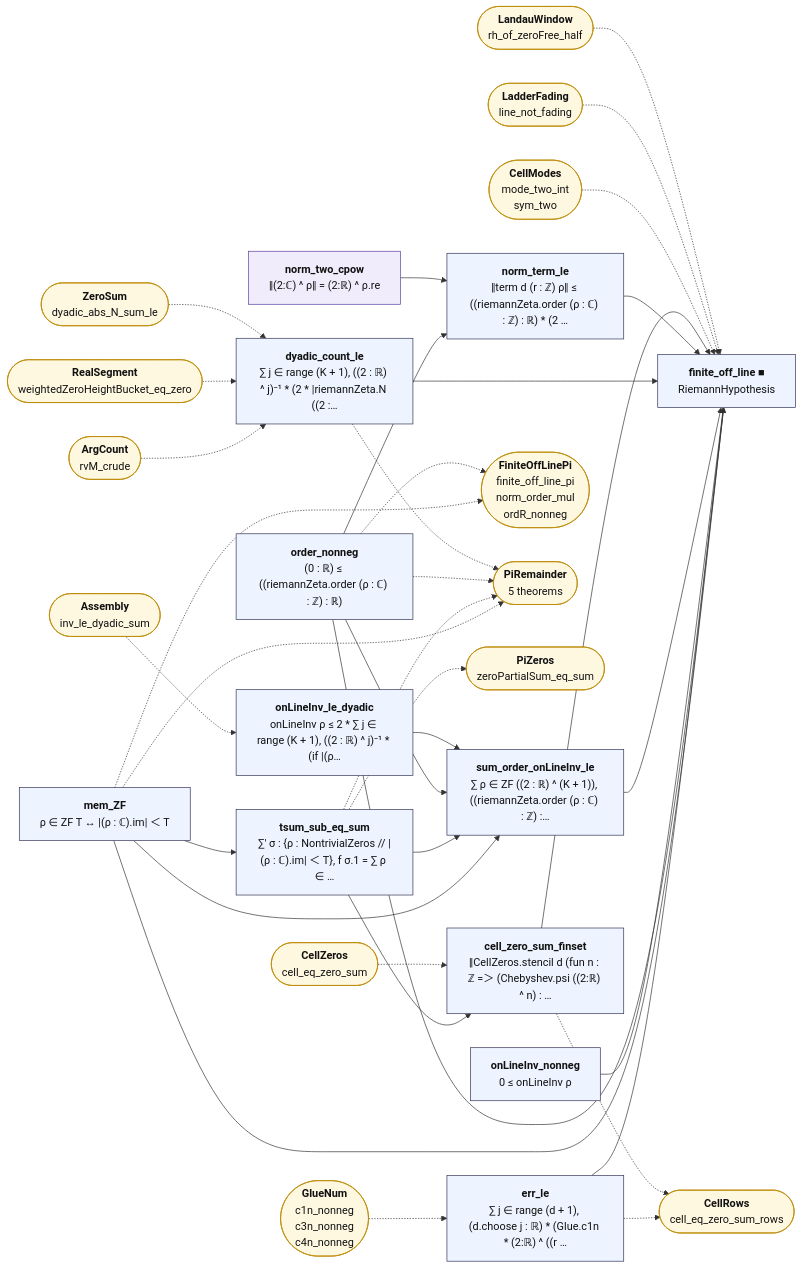
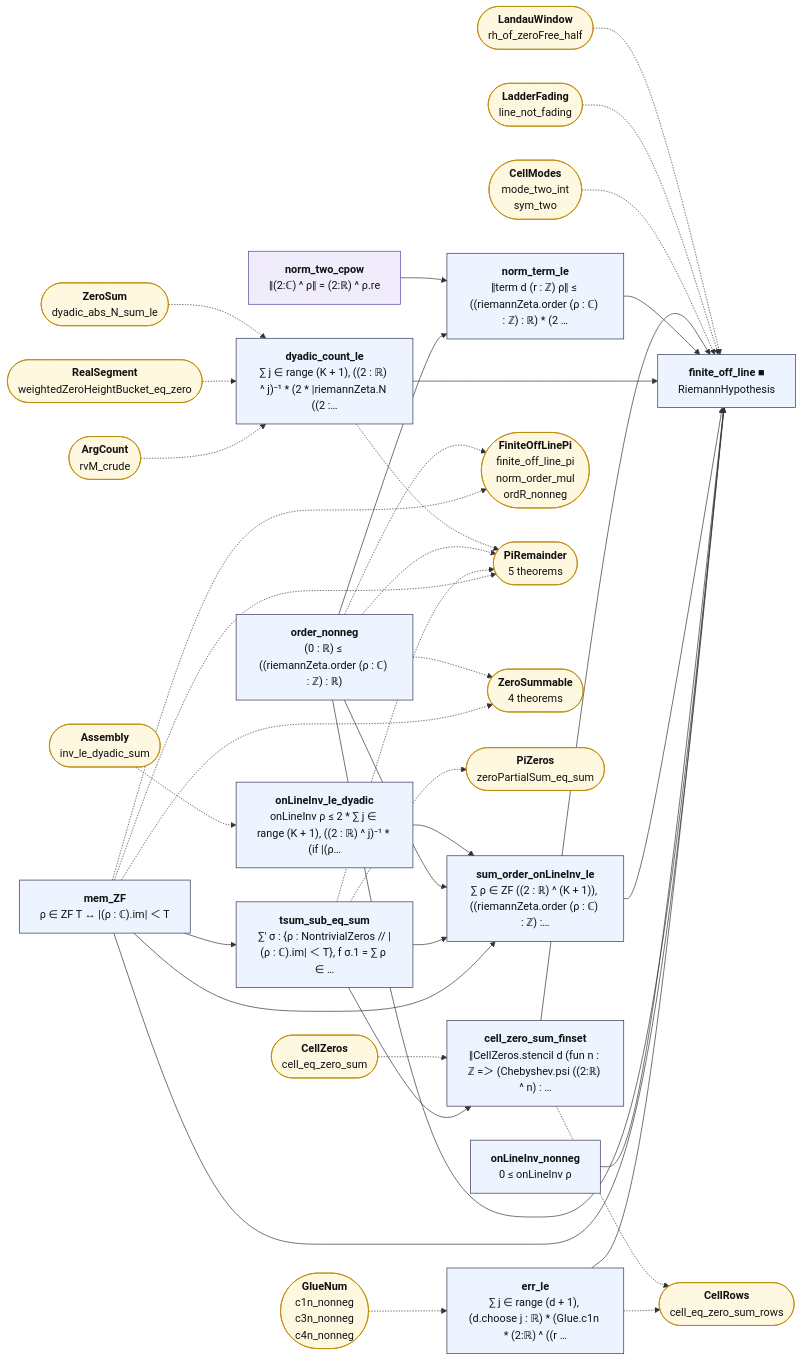
One commit to juliansambranojr/Primebeat_081426 changed the diagram in map/lean_stage3/FiniteOffLine.mmd. Above: the diagram before and after it, drawn with Mermaid. The commit also changed 42 other files, not shown here.

First line of the commit message:
C6b: the zeros right of any line beyond one half have summable order over size (unit 0455)

```diff
--- a/map/lean_stage3/FiniteOffLine.mmd
+++ b/map/lean_stage3/FiniteOffLine.mmd
@@ -1,68 +1,71 @@
 flowchart LR
   n0["<b>mem_ZF</b><br/>ρ ∈ ZF T ↔ |(ρ : ℂ).im| ＜ T"]:::thm
   n1["<b>tsum_sub_eq_sum</b><br/>∑' σ : {ρ : NontrivialZeros // |(ρ : ℂ).im| ＜ T}, f σ.1 = ∑ ρ ∈ …"]:::thm
   n2["<b>order_nonneg</b><br/>(0 : ℝ) ≤ ((riemannZeta.order (ρ : ℂ) : ℤ) : ℝ)"]:::thm
   n3["<b>onLineInv_nonneg</b><br/>0 ≤ onLineInv ρ"]:::thm
   n4["<b>onLineInv_le_dyadic</b><br/>onLineInv ρ ≤ 2 * ∑ j ∈ range (K + 1), ((2 : ℝ) ^ j)⁻¹ * (if |(ρ…"]:::thm
   n5["<b>sum_order_onLineInv_le</b><br/>∑ ρ ∈ ZF ((2 : ℝ) ^ (K + 1)), ((riemannZeta.order (ρ : ℂ) : ℤ) :…"]:::thm
   n6["<b>dyadic_count_le</b><br/>∑ j ∈ range (K + 1), ((2 : ℝ) ^ j)⁻¹ * (2 * |riemannZeta.N ((2 :…"]:::thm
   n7["<b>norm_two_cpow</b><br/>‖(2:ℂ) ^ ρ‖ = (2:ℝ) ^ ρ.re"]:::shp
   n8["<b>norm_term_le</b><br/>‖term d (r : ℤ) ρ‖ ≤ ((riemannZeta.order (ρ : ℂ) : ℤ) : ℝ) * (2 …"]:::thm
   n9["<b>cell_zero_sum_finset</b><br/>‖CellZeros.stencil d (fun n : ℤ =＞ (Chebyshev.psi ((2:ℝ) ^ n) : …"]:::thm
   n10["<b>err_le</b><br/>∑ j ∈ range (d + 1), (d.choose j : ℝ) * (Glue.c1n * (2:ℝ) ^ ((r …"]:::thm
   n11["<b>finite_off_line ■</b><br/>RiemannHypothesis"]:::thm
   x0(["<b>FiniteOffLinePi</b><br/>finite_off_line_pi<br/>norm_order_mul<br/>ordR_nonneg"]):::ext
   x1(["<b>PiRemainder</b><br/>5 theorems"]):::ext
-  x2(["<b>PiZeros</b><br/>zeroPartialSum_eq_sum"]):::ext
-  x3(["<b>Assembly</b><br/>inv_le_dyadic_sum"]):::ext
-  x4(["<b>ArgCount</b><br/>rvM_crude"]):::ext
-  x5(["<b>RealSegment</b><br/>weightedZeroHeightBucket_eq_zero"]):::ext
-  x6(["<b>ZeroSum</b><br/>dyadic_abs_N_sum_le"]):::ext
-  x7(["<b>CellZeros</b><br/>cell_eq_zero_sum"]):::ext
-  x8(["<b>CellRows</b><br/>cell_eq_zero_sum_rows"]):::ext
-  x9(["<b>GlueNum</b><br/>c1n_nonneg<br/>c3n_nonneg<br/>c4n_nonneg"]):::ext
-  x10(["<b>CellModes</b><br/>mode_two_int<br/>sym_two"]):::ext
-  x11(["<b>LadderFading</b><br/>line_not_fading"]):::ext
-  x12(["<b>LandauWindow</b><br/>rh_of_zeroFree_half"]):::ext
+  x2(["<b>ZeroSummable</b><br/>4 theorems"]):::ext
+  x3(["<b>PiZeros</b><br/>zeroPartialSum_eq_sum"]):::ext
+  x4(["<b>Assembly</b><br/>inv_le_dyadic_sum"]):::ext
+  x5(["<b>ArgCount</b><br/>rvM_crude"]):::ext
+  x6(["<b>RealSegment</b><br/>weightedZeroHeightBucket_eq_zero"]):::ext
+  x7(["<b>ZeroSum</b><br/>dyadic_abs_N_sum_le"]):::ext
+  x8(["<b>CellZeros</b><br/>cell_eq_zero_sum"]):::ext
+  x9(["<b>CellRows</b><br/>cell_eq_zero_sum_rows"]):::ext
+  x10(["<b>GlueNum</b><br/>c1n_nonneg<br/>c3n_nonneg<br/>c4n_nonneg"]):::ext
+  x11(["<b>CellModes</b><br/>mode_two_int<br/>sym_two"]):::ext
+  x12(["<b>LadderFading</b><br/>line_not_fading"]):::ext
+  x13(["<b>LandauWindow</b><br/>rh_of_zeroFree_half"]):::ext
   n0 --> n1
   n0 --> n11
   n0 --> n5
   n1 --> n5
   n1 --> n9
   n10 --> n11
   n2 --> n11
   n2 --> n5
   n2 --> n8
   n3 --> n11
   n4 --> n5
   n5 --> n11
   n6 --> n11
   n7 --> n8
   n8 --> n11
   n9 --> n11
   n0 -.-> x0
   n0 -.-> x1
+  n0 -.-> x2
   n1 -.-> x1
-  n1 -.-> x2
-  n10 -.-> x8
+  n1 -.-> x3
+  n10 -.-> x9
   n2 -.-> x0
   n2 -.-> x1
+  n2 -.-> x2
   n6 -.-> x1
-  n9 -.-> x8
-  x10 -.-> n11
+  n9 -.-> x9
+  x10 -.-> n10
   x11 -.-> n11
   x12 -.-> n11
-  x3 -.-> n4
-  x4 -.-> n6
+  x13 -.-> n11
+  x4 -.-> n4
   x5 -.-> n6
   x6 -.-> n6
-  x7 -.-> n9
-  x9 -.-> n10
+  x7 -.-> n6
+  x8 -.-> n9
   classDef cnt fill:#dff5ec,stroke:#17694a,color:#111
   classDef shp fill:#f1ecfb,stroke:#5b3fa0,color:#111
   classDef rh fill:#ffe5e5,stroke:#c22,color:#111,stroke-width:2px
   classDef thm fill:#eef4ff,stroke:#335,color:#111
   classDef end_ fill:#e7f7e7,stroke:#2a7,color:#111,stroke-width:2px
   classDef lone fill:#fff,stroke:#999,color:#111,stroke-dasharray:4 3
   classDef bad fill:#ffe5e5,stroke:#c22,color:#111,stroke-width:2px
   classDef ext fill:#fff8e1,stroke:#b80,color:#111
```
